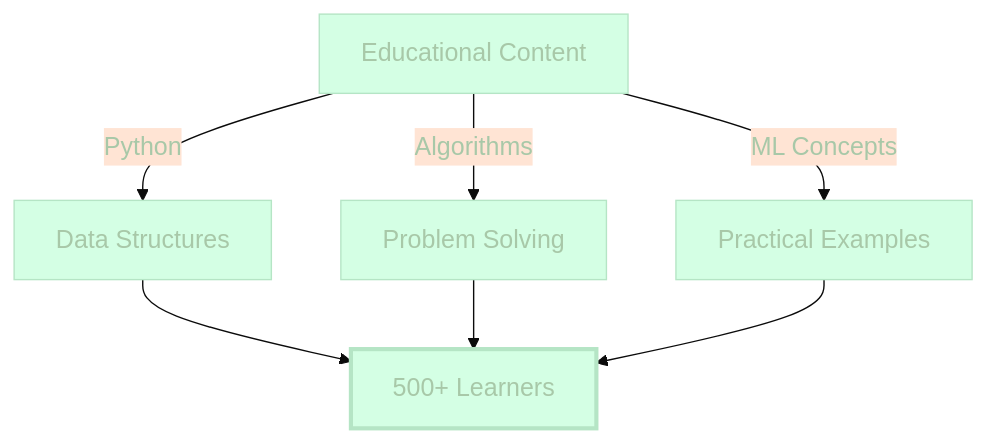
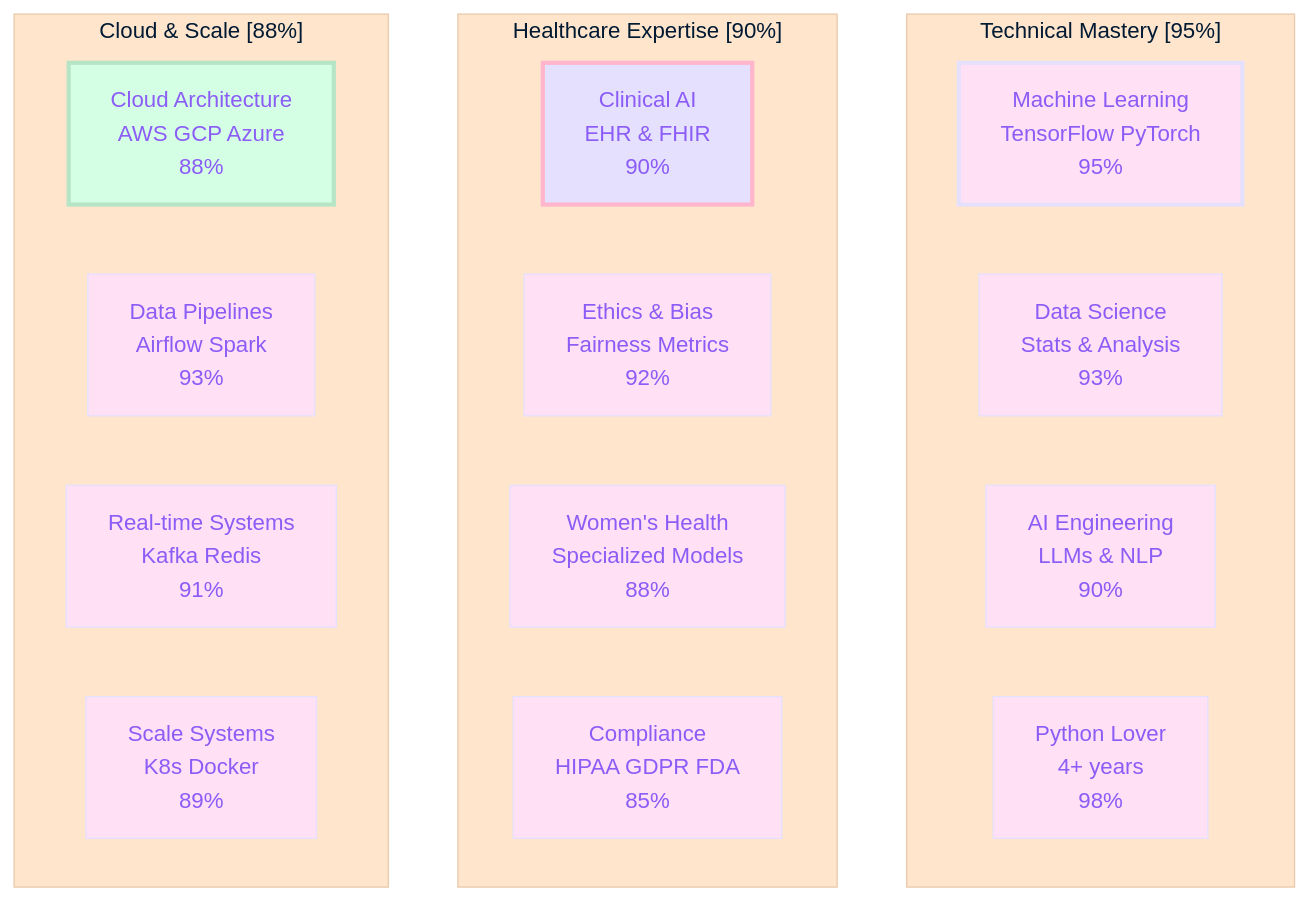
One commit to Cazzy-Aporbo/Cazzy-Aporbo changed the fifth of 8 diagrams in README.md. Above: the diagram before and after it, drawn with Mermaid. The commit also changed other lines of this file, not shown here.

````diff
--- a/README.md
+++ b/README.md
@@ -427,11 +369,28 @@
 ```mermaid
-%%{init: {'theme': 'base', 'themeVariables': {'primaryColor': '#D4FFE4', 'primaryBorderColor': '#B5E5C5', 'tertiaryColor': '#FFE5CC', 'primaryTextColor': '#A8C8A8', 'fontSize': '18px'}}}%%
-graph TD
-    A[Educational Content] -->|Python| B[Data Structures]
-    A -->|Algorithms| C[Problem Solving]
-    A -->|ML Concepts| D[Practical Examples]
-    B --> E[Learning Resources]
-    C --> E
-    D --> E[500+ Learners]
-    style E fill:#D4FFE4,stroke:#B5E5C5,stroke-width:3px
+%%{init: {'theme': 'base', 'themeVariables': { 'primaryColor': '#FFE0F5', 'primaryBorderColor': '#E6E0FF', 'primaryTextColor': '#8B5CF6', 'lineColor': '#FFB5CC', 'secondaryColor': '#D4FFE4', 'tertiaryColor': '#FFE5CC', 'background': '#FFF8FD', 'mainBkg': '#FFE0F5', 'fontSize': '16px'}}}%%
+graph TB
+    subgraph "Technical Mastery [95%]"
+        ML[Machine Learning<br/>TensorFlow PyTorch<br/>95%] 
+        DS[Data Science<br/>Stats & Analysis<br/>93%]
+        AI[AI Engineering<br/>LLMs & NLP<br/>90%]
+        PY[Python Lover<br/>4+ years<br/>98%]
+    end
+    
+    subgraph "Healthcare Expertise [90%]"
+        HC[Clinical AI<br/>EHR & FHIR<br/>90%]
+        ET[Ethics & Bias<br/>Fairness Metrics<br/>92%]
+        WH[Women's Health<br/>Specialized Models<br/>88%]
+        CO[Compliance<br/>HIPAA GDPR FDA<br/>85%]
+    end
+    
+    subgraph "Cloud & Scale [88%]"
+        CL[Cloud Architecture<br/>AWS GCP Azure<br/>88%]
+        DP[Data Pipelines<br/>Airflow Spark<br/>93%]
+        RT[Real-time Systems<br/>Kafka Redis<br/>91%]
+        SC[Scale Systems<br/>K8s Docker<br/>89%]
+    end
+    
+    style ML fill:#FFE0F5,stroke:#E6E0FF,stroke-width:3px
+    style HC fill:#E6E0FF,stroke:#FFB5CC,stroke-width:3px
+    style CL fill:#D4FFE4,stroke:#B5E5C5,stroke-width:3px
 ```
````
